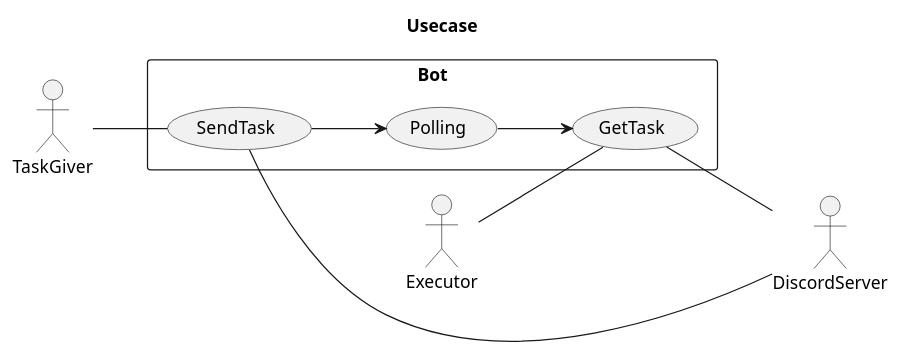
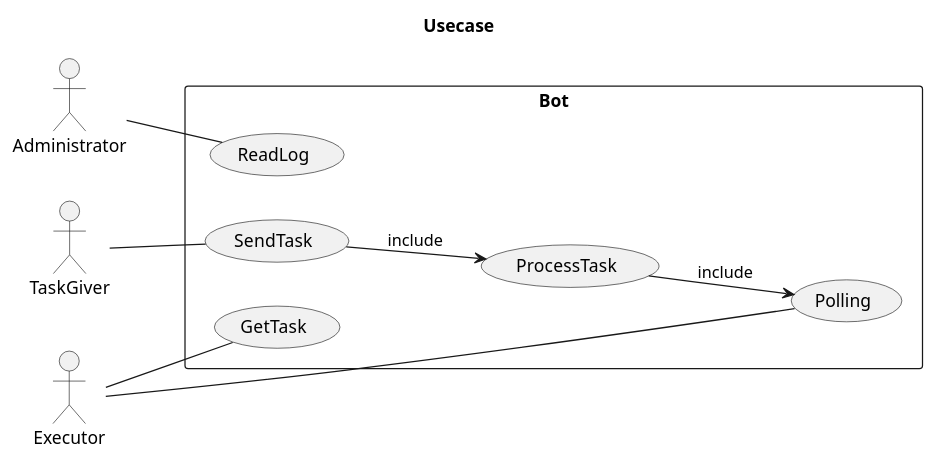
The first of 4 diagrams in work.md (Plasmat1x/PaulBot), drawn with PlantUML before and after one commit. The commit also changed other lines of this file, not shown here.

````diff
--- a/work.md
+++ b/work.md
@@ -35,24 +35,26 @@
 ```plantuml
 @startuml UseCase
     Title Usecase
     left to right direction
 
     actor TaskGiver
     actor Executor
-    actor DiscordServer
+    actor Administrator
     
     rectangle Bot{
         usecase SendTask
         usecase Polling
+        usecase ProcessTask
         usecase GetTask
+        usecase ReadLog
     }
 
     TaskGiver -- SendTask
     Executor -- GetTask
-    SendTask -- DiscordServer
-    GetTask -- DiscordServer
-    SendTask --> Polling
-    Polling --> GetTask
+    SendTask --> ProcessTask : include
+    ProcessTask --> Polling : include 
+    Executor -- Polling
+    Administrator -- ReadLog
 
 @endmul
 ```
````
